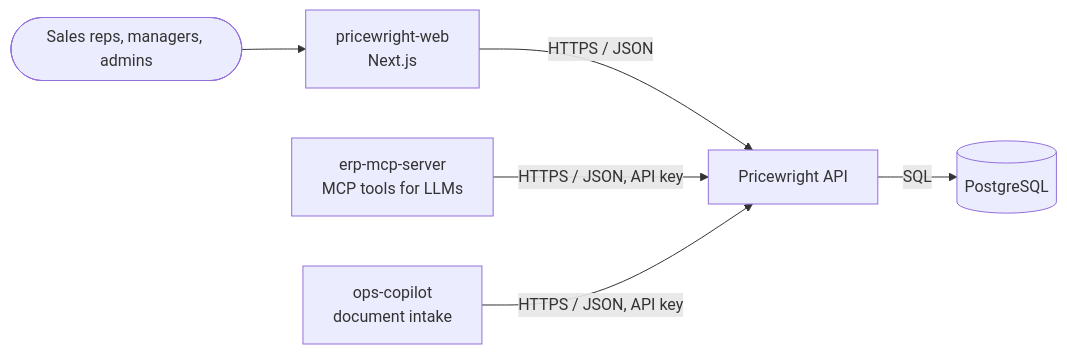
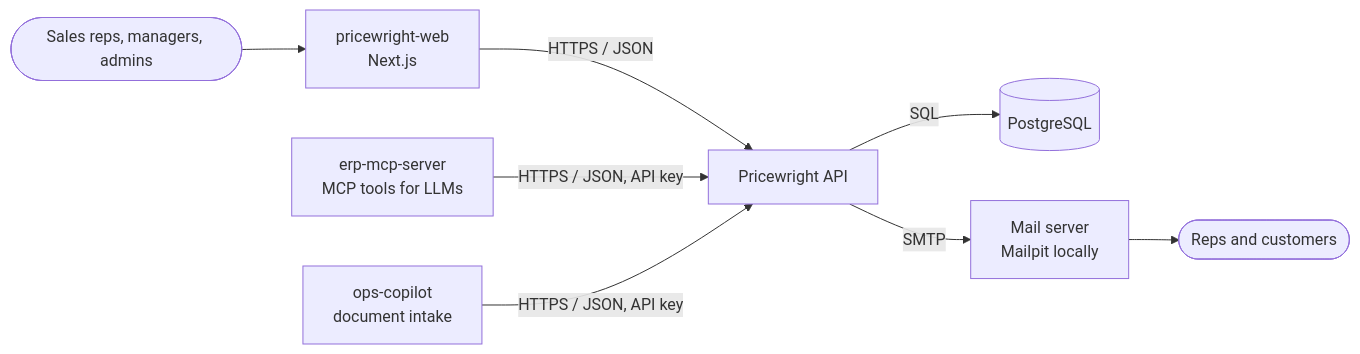
One commit to odvprogra/pricewright-api changed the first of 10 diagrams in docs/architecture.md. Above: the diagram before and after it, drawn with Mermaid. The commit also changed other lines of this file and 2 other files, not shown here.

Commit message:
docs: close M5 in the README, the architecture and CLAUDE.md (#95)

````diff
--- a/docs/architecture.md
+++ b/docs/architecture.md
@@ -11,8 +11,10 @@
 ```mermaid
 flowchart LR
     staff([Sales reps, managers, admins]) --> web[pricewright-web<br/>Next.js]
     web -->|HTTPS / JSON| service[Pricewright API]
     mcp[erp-mcp-server<br/>MCP tools for LLMs] -->|HTTPS / JSON, API key| service
     copilot[ops-copilot<br/>document intake] -->|HTTPS / JSON, API key| service
     service -->|SQL| db[(PostgreSQL)]
+    service -->|SMTP| mail[Mail server<br/>Mailpit locally]
+    mail --> inboxes([Reps and customers])
 ```
````
